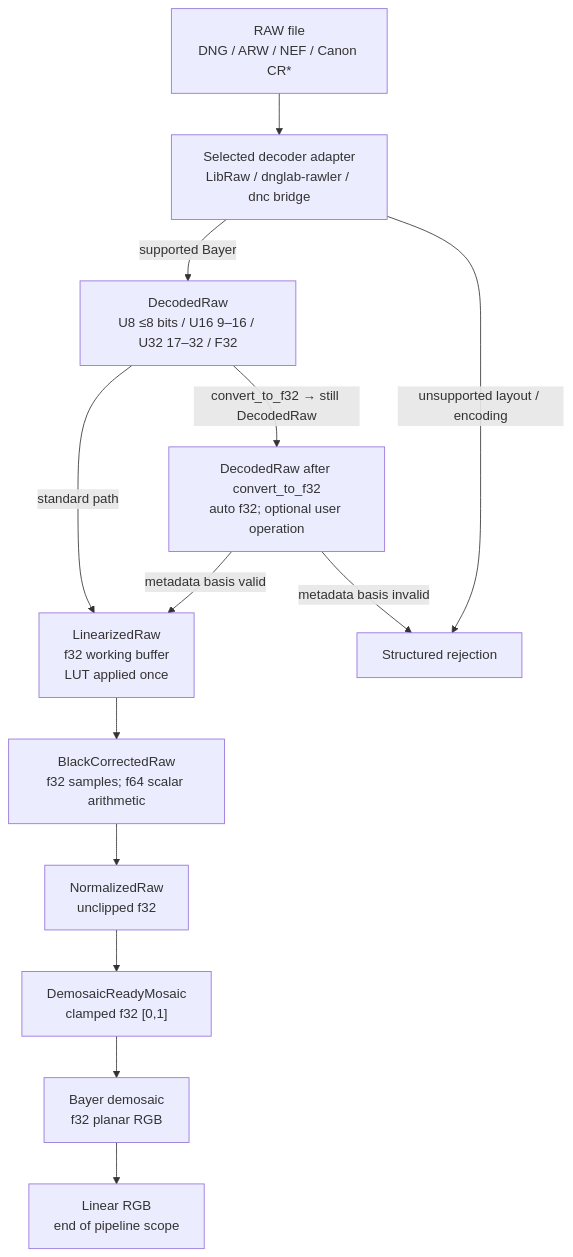
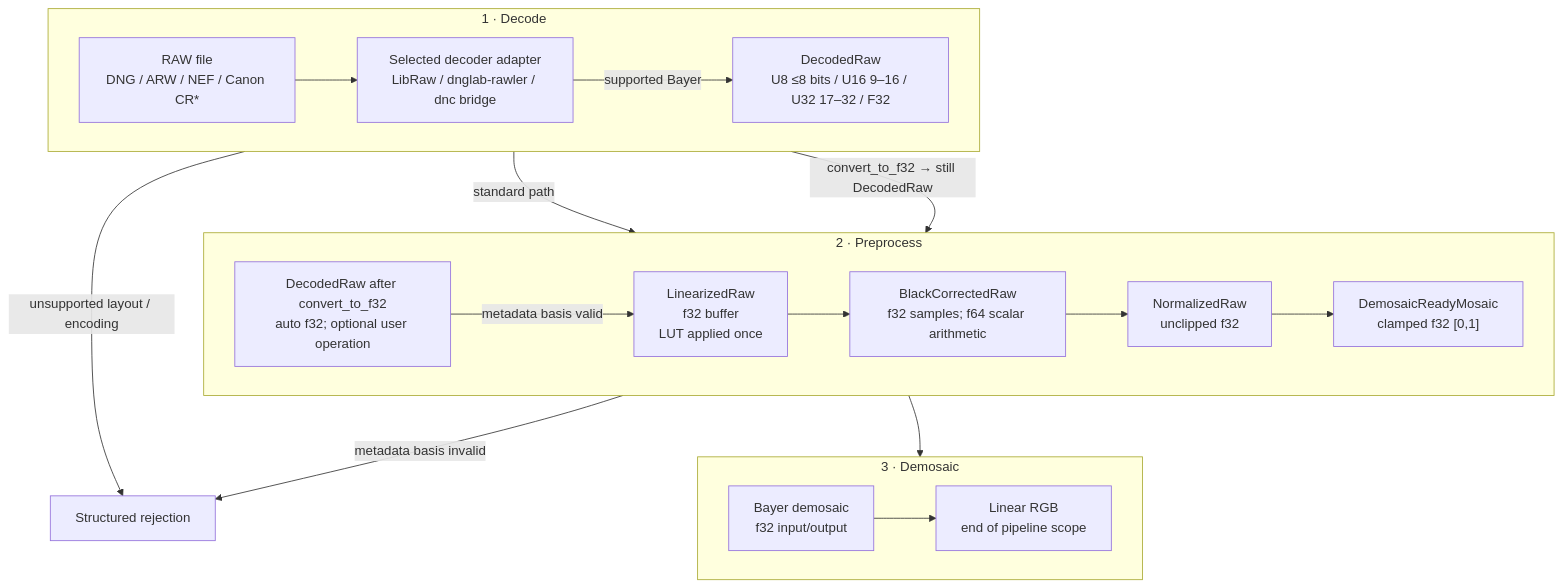
The diagram in docs/raw-pipeline/raw-image-process.md (Glatzel/fornax), drawn with Mermaid before and after one commit.

Commit message:
docs(raw-pipeline): chart processing phases

````diff
--- a/docs/raw-pipeline/raw-image-process.md
+++ b/docs/raw-pipeline/raw-image-process.md
@@ -9,27 +9,40 @@
 ```mermaid
-flowchart TD
-    File["RAW file\nDNG / ARW / NEF / Canon CR*"]
-    Adapter["Selected decoder adapter\nLibRaw / dnglab-rawler / dnc bridge"]
-    Decoded["DecodedRaw\nU8 ≤8 bits / U16 9–16 / U32 17–32 / F32"]
-    Custom["DecodedRaw after convert_to_f32\nauto f32; optional user operation"]
-    Linear["LinearizedRaw\nf32 working buffer\nLUT applied once"]
-    Subtract["BlackCorrectedRaw\nf32 samples; f64 scalar arithmetic"]
-    Normalize["NormalizedRaw\nunclipped f32"]
-    Ready["DemosaicReadyMosaic\nclamped f32 [0,1]"]
-    Demosaic["Bayer demosaic\nf32 planar RGB"]
-    Done["Linear RGB\nend of pipeline scope"]
+flowchart TB
+    subgraph DecodePhase["1 · Decode"]
+        direction LR
+        File["RAW file\nDNG / ARW / NEF / Canon CR*"]
+        Adapter["Selected decoder adapter\nLibRaw / dnglab-rawler / dnc bridge"]
+        Decoded["DecodedRaw\nU8 ≤8 bits / U16 9–16 / U32 17–32 / F32"]
+        File --> Adapter
+        Adapter -->|supported Bayer| Decoded
+    end
+
+    subgraph PreprocessPhase["2 · Preprocess"]
+        direction LR
+        Custom["DecodedRaw after convert_to_f32\nauto f32; optional user operation"]
+        Linear["LinearizedRaw\nf32 buffer\nLUT applied once"]
+        Subtract["BlackCorrectedRaw\nf32 samples; f64 scalar arithmetic"]
+        Normalize["NormalizedRaw\nunclipped f32"]
+        Ready["DemosaicReadyMosaic\nclamped f32 [0,1]"]
+
+        Decoded -->|standard path| Linear
+        Decoded -->|"convert_to_f32 → still DecodedRaw"| Custom
+        Custom -->|metadata basis valid| Linear
+        Linear --> Subtract
+        Subtract --> Normalize
+        Normalize --> Ready
+    end
+
+    subgraph DemosaicPhase["3 · Demosaic"]
+        direction LR
+        Demosaic["Bayer demosaic\nf32 input/output"]
+        Done["Linear RGB\nend of pipeline scope"]
+        Demosaic --> Done
+    end
+
     Reject["Structured rejection"]
 
-    File --> Adapter
-    Adapter -->|supported Bayer| Decoded
     Adapter -->|unsupported layout / encoding| Reject
-    Decoded -->|standard path| Linear
-    Decoded -->|"convert_to_f32 → still DecodedRaw"| Custom
-    Custom -->|metadata basis valid| Linear
     Custom -->|metadata basis invalid| Reject
-    Linear --> Subtract
-    Subtract --> Normalize
-    Normalize --> Ready
     Ready --> Demosaic
-    Demosaic --> Done
 ```
````
